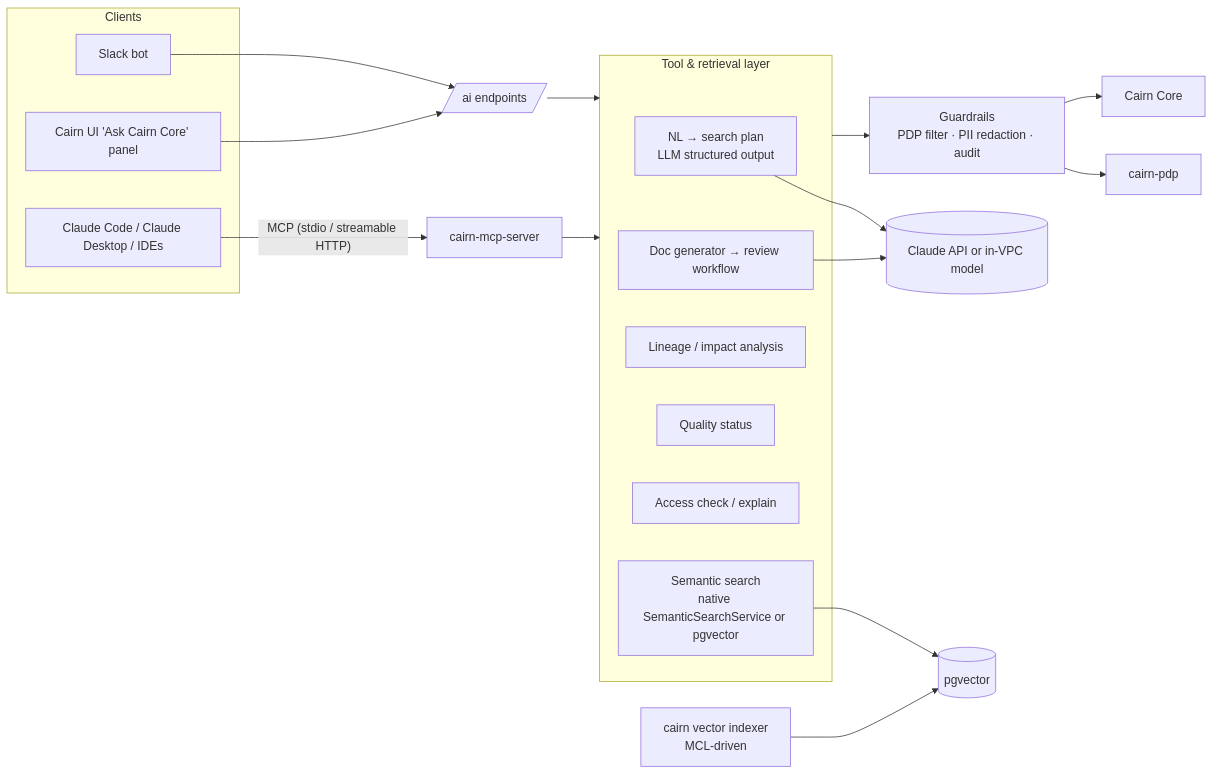
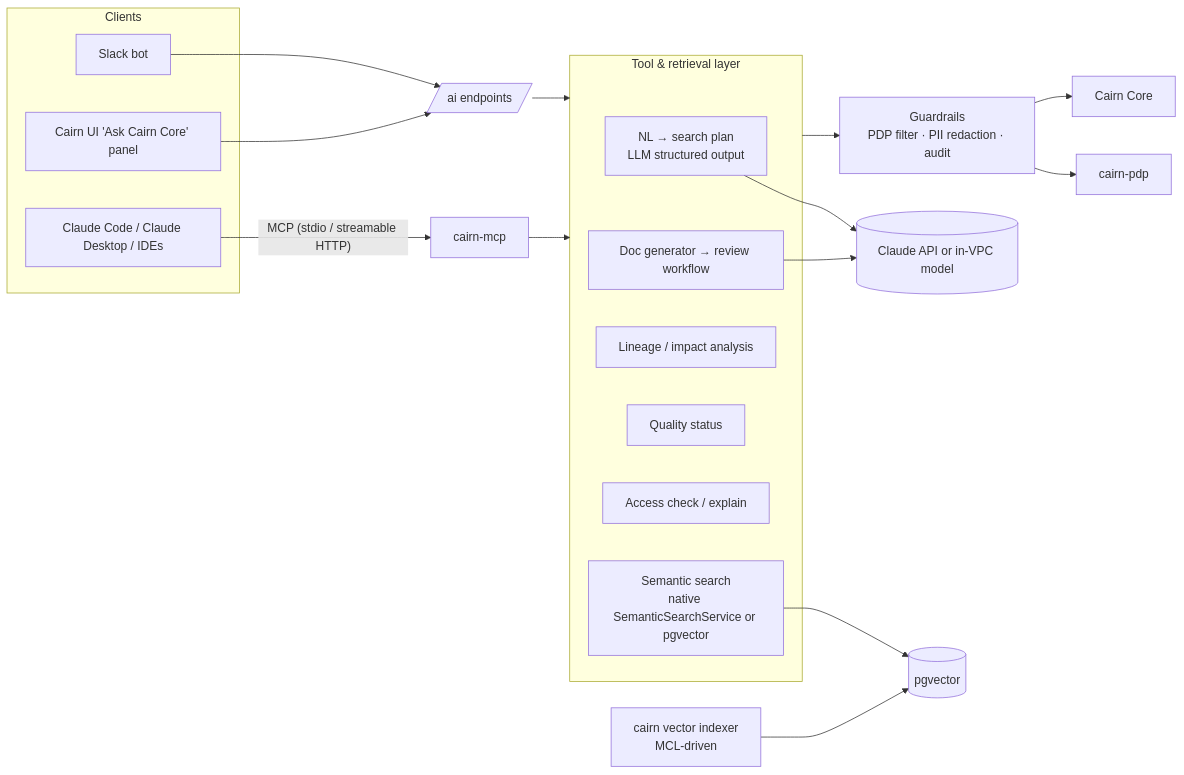
The sixth of 6 diagrams in cairn/ARCHITECTURE.md (syedsumx/sca), drawn with Mermaid before and after one commit. The commit also changed other lines of this file and 3 other files, not shown here.

First line of the commit message:
docs(cairn): architecture, UX spec, third-party notices and active-metadata deploy guide

````diff
--- a/cairn/ARCHITECTURE.md
+++ b/cairn/ARCHITECTURE.md
@@ -298,29 +299,29 @@
 ```mermaid
 flowchart LR
   CORE["Cairn Core"]
   subgraph Clients
     IDE[Claude Code / Claude Desktop / IDEs]
     CHAT[Cairn UI 'Ask Cairn Core' panel]
     BOT[Slack bot]
   end
-  IDE -- MCP (stdio / streamable HTTP) --> MCPS[cairn-mcp-server]
+  IDE -- MCP (stdio / streamable HTTP) --> MCPS[cairn-mcp]
   CHAT --> API[/ai endpoints/]
   BOT --> API
   MCPS --> TOOLS
   API --> TOOLS
   subgraph TOOLS[Tool & retrieval layer]
     NLQ[NL → search plan<br/>LLM structured output]
     SEM[Semantic search<br/>native SemanticSearchService or pgvector]
     LIN[Lineage / impact analysis]
     DQ[Quality status]
     ACC[Access check / explain]
     DOC[Doc generator → review workflow]
   end
   TOOLS --> GUARD[Guardrails<br/>PDP filter · PII redaction · audit]
   GUARD --> CORE
   GUARD --> PDP[cairn-pdp]
   DOC --> LLM[(Claude API or in-VPC model)]
   NLQ --> LLM
   IDX[cairn vector indexer<br/>MCL-driven] --> PGV[(pgvector)]
   SEM --> PGV
 ```
````
